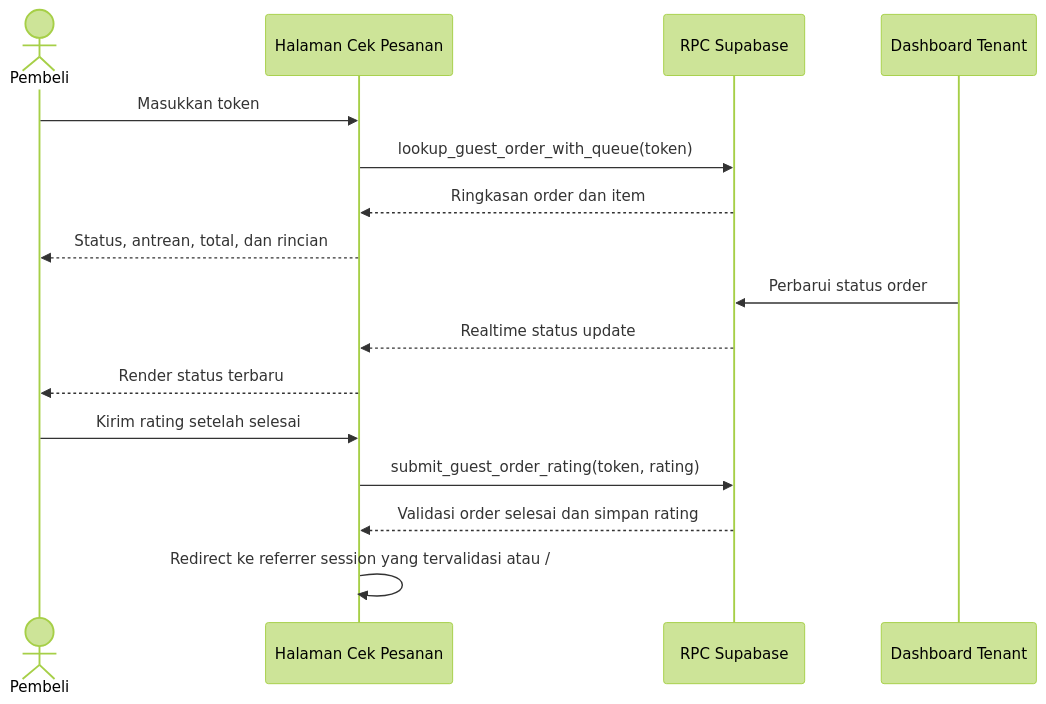
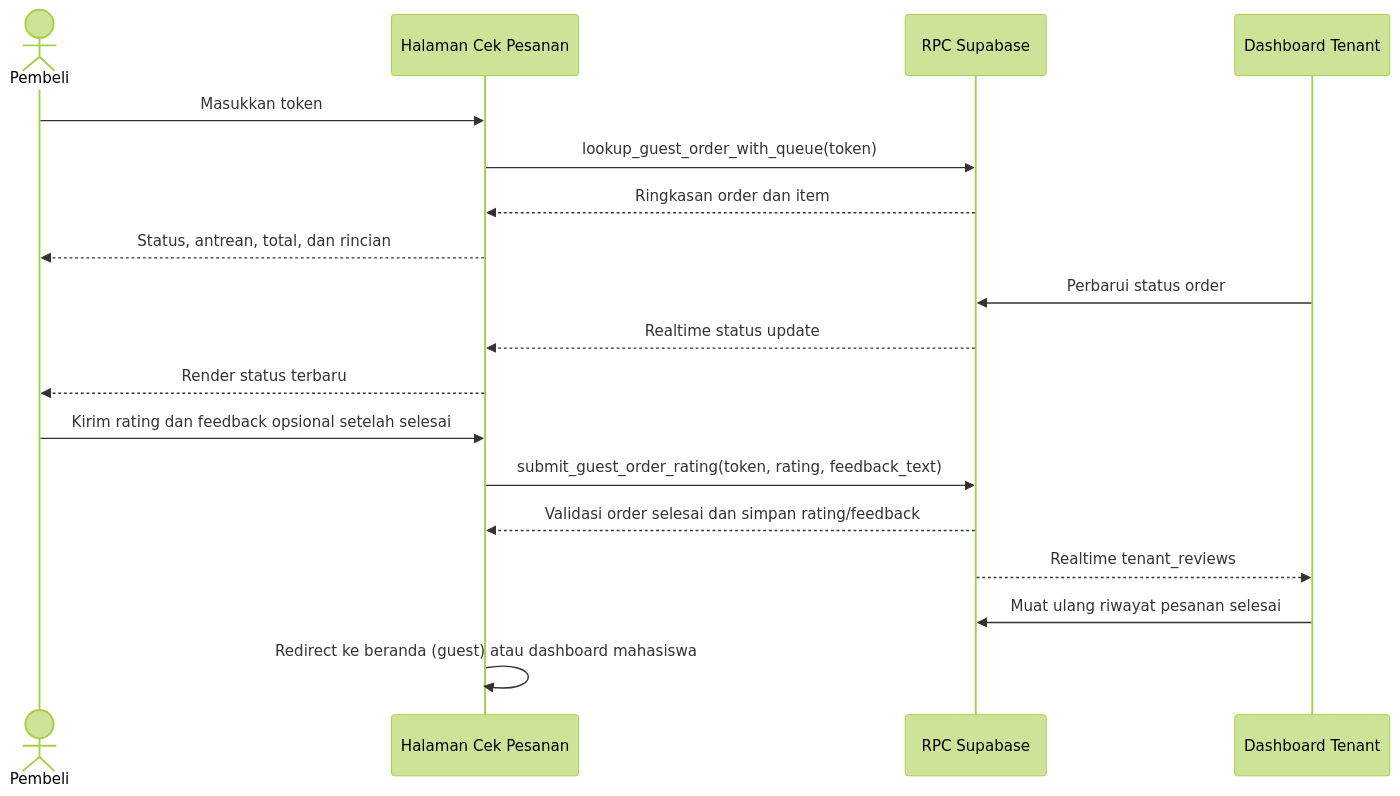
One commit to nandayudhistirawibowo/SiKantin changed the eighth of 8 diagrams in FLOWCHART.md. Above: the diagram before and after it, drawn with Mermaid (forest theme). The commit also changed other lines of this file and 4 other files, not shown here.

````diff
--- a/FLOWCHART.md
+++ b/FLOWCHART.md
@@ -189,19 +196,21 @@
 ```mermaid
 sequenceDiagram
     actor Buyer as Pembeli
     participant Web as Halaman Cek Pesanan
     participant DB as RPC Supabase
     participant Tenant as Dashboard Tenant
 
     Buyer->>Web: Masukkan token
     Web->>DB: lookup_guest_order_with_queue(token)
     DB-->>Web: Ringkasan order dan item
     Web-->>Buyer: Status, antrean, total, dan rincian
     Tenant->>DB: Perbarui status order
     DB-->>Web: Realtime status update
     Web-->>Buyer: Render status terbaru
-    Buyer->>Web: Kirim rating setelah selesai
-    Web->>DB: submit_guest_order_rating(token, rating)
-    DB-->>Web: Validasi order selesai dan simpan rating
-    Web->>Web: Redirect ke referrer session yang tervalidasi atau /
+    Buyer->>Web: Kirim rating dan feedback opsional setelah selesai
+    Web->>DB: submit_guest_order_rating(token, rating, feedback_text)
+    DB-->>Web: Validasi order selesai dan simpan rating/feedback
+    DB-->>Tenant: Realtime tenant_reviews
+    Tenant->>DB: Muat ulang riwayat pesanan selesai
+    Web->>Web: Redirect ke beranda (guest) atau dashboard mahasiswa
 ```
````
